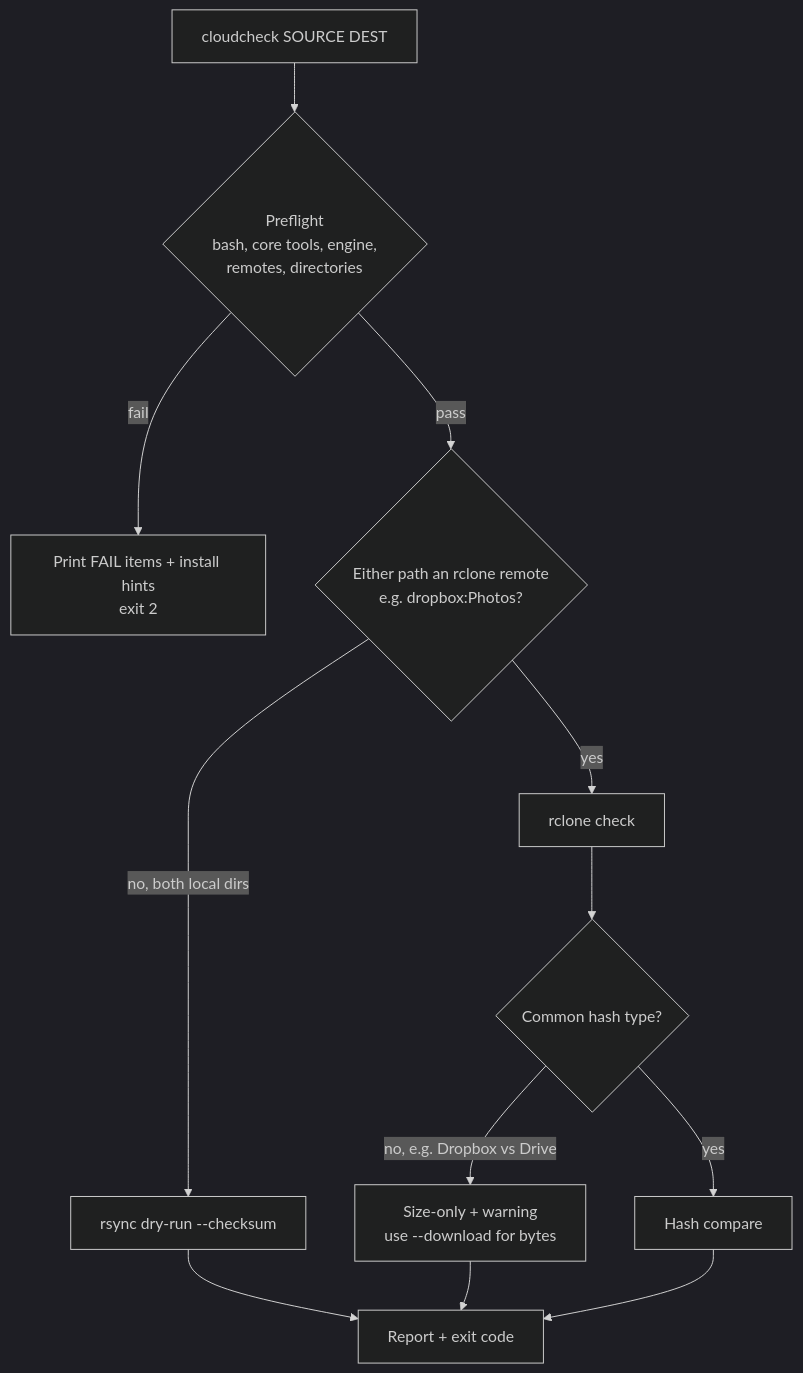
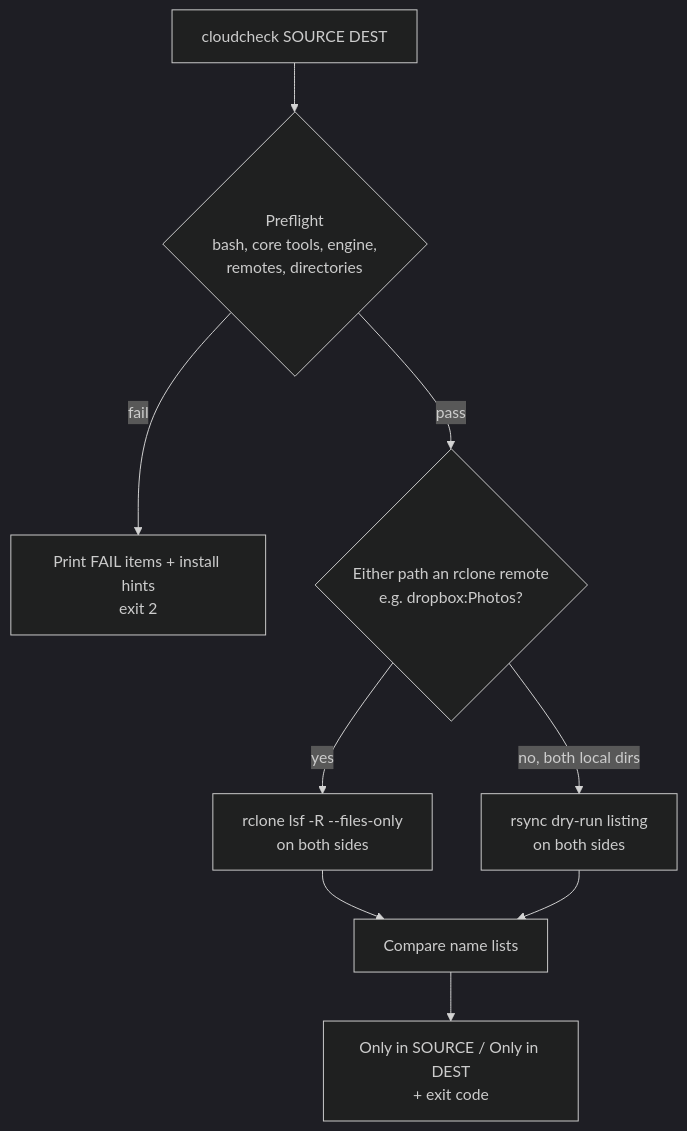
Before and after one commit to cchowgule/cchowgule.github.io: the diagram in tools/cloudcheck/2026_10_10_1928-README.md, drawn with Mermaid (dark theme). The commit also changed other lines of this file and 1 other file, not shown here.

First line of the commit message:
cloudcheck: compare file names only by default

````diff
--- a/tools/cloudcheck/2026_10_10_1928-README.md
+++ b/tools/cloudcheck/2026_10_10_1928-README.md
@@ -7,14 +9,11 @@
 ```mermaid
 flowchart TD
     A[cloudcheck SOURCE DEST] --> P{Preflight<br/>bash, core tools, engine,<br/>remotes, directories}
     P -- fail --> X[Print FAIL items + install hints<br/>exit 2]
     P -- pass --> B{Either path an rclone remote<br/>e.g. dropbox:Photos?}
-    B -- yes --> C[rclone check]
-    B -- no, both local dirs --> D[rsync dry-run --checksum]
-    C --> E{Common hash type?}
-    E -- no, e.g. Dropbox vs Drive --> F[Size-only + warning<br/>use --download for bytes]
-    E -- yes --> G[Hash compare]
-    D --> H[Report + exit code]
-    F --> H
-    G --> H
+    B -- yes --> C[rclone lsf -R --files-only<br/>on both sides]
+    B -- no, both local dirs --> D[rsync dry-run listing<br/>on both sides]
+    C --> E[Compare name lists]
+    D --> E
+    E --> F[Only in SOURCE / Only in DEST<br/>+ exit code]
 ```
````
